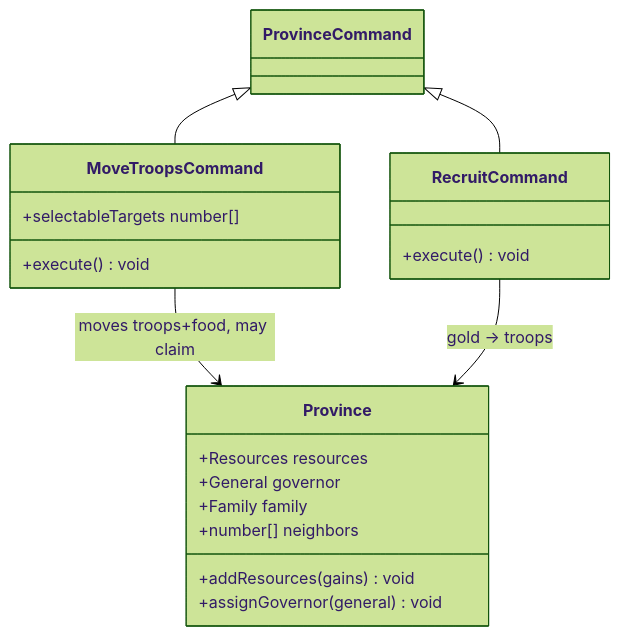
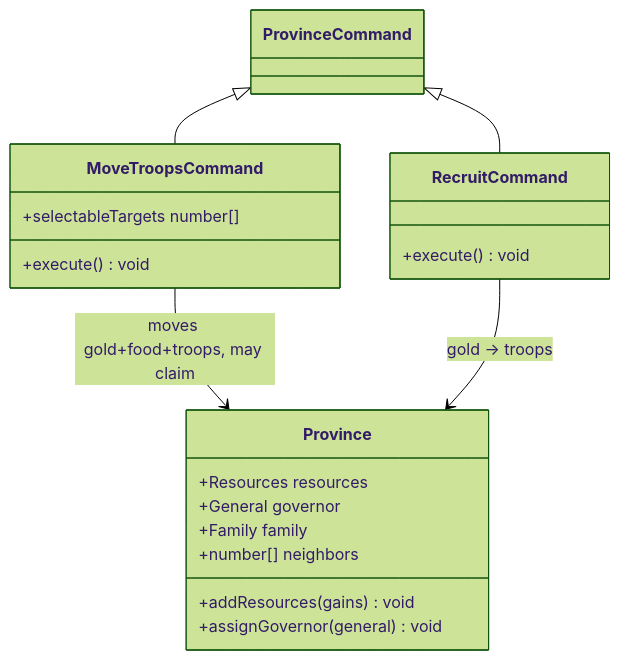
The second of 3 diagrams in gemfire/docs/design/05-armies-and-movement.md (pslotinsky/kunstkamera), drawn with Mermaid (forest theme) before and after one commit. The commit also changed other lines of this file and 5 other files, not shown here.

Commit message:
feat(gemfire): move troops also moves gold

````diff
--- a/gemfire/docs/design/05-armies-and-movement.md
+++ b/gemfire/docs/design/05-armies-and-movement.md
@@ -67,22 +68,22 @@
 ```mermaid
 classDiagram
   class Province {
     +Resources resources
     +General governor
     +Family family
     +number[] neighbors
     +addResources(gains) void
     +assignGovernor(general) void
   }
   class RecruitCommand {
     +execute() void
   }
   class MoveTroopsCommand {
     +selectableTargets number[]
     +execute() void
   }
   ProvinceCommand <|-- RecruitCommand
   ProvinceCommand <|-- MoveTroopsCommand
-  MoveTroopsCommand --> Province : moves troops+food, may claim
+  MoveTroopsCommand --> Province : moves gold+food+troops, may claim
   RecruitCommand --> Province : gold -> troops
 ```
````
